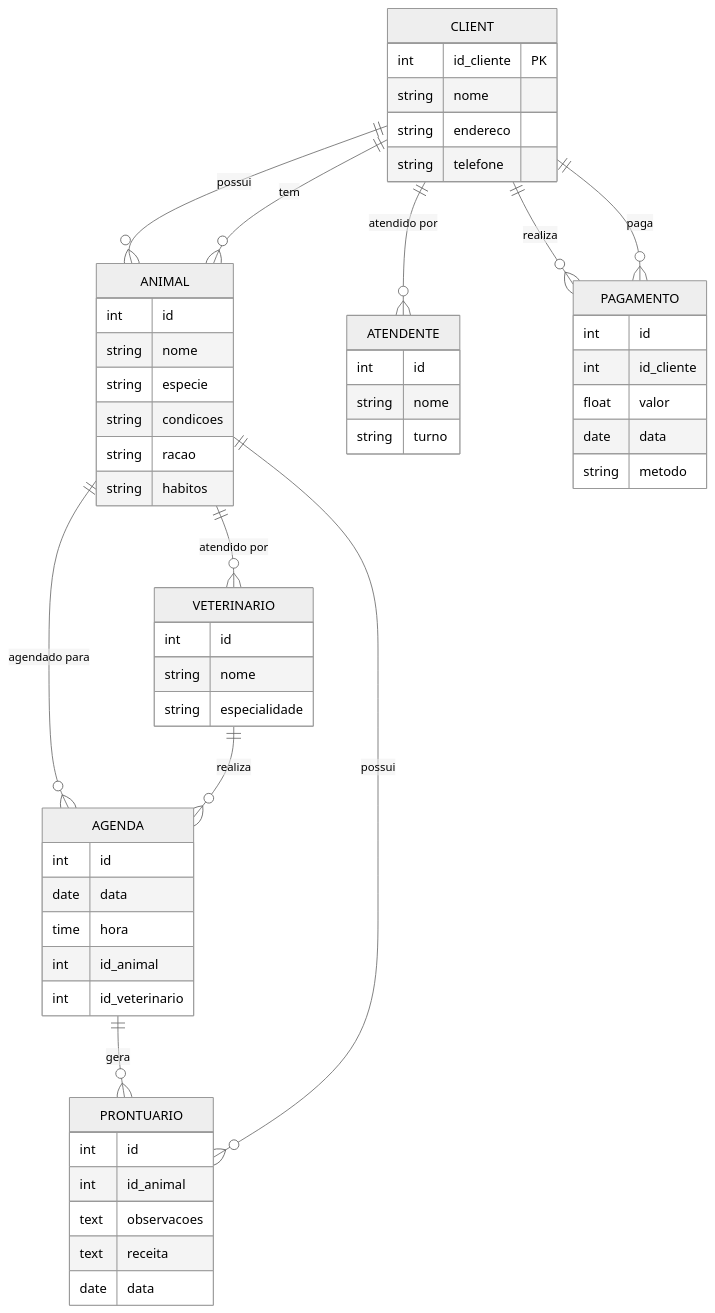
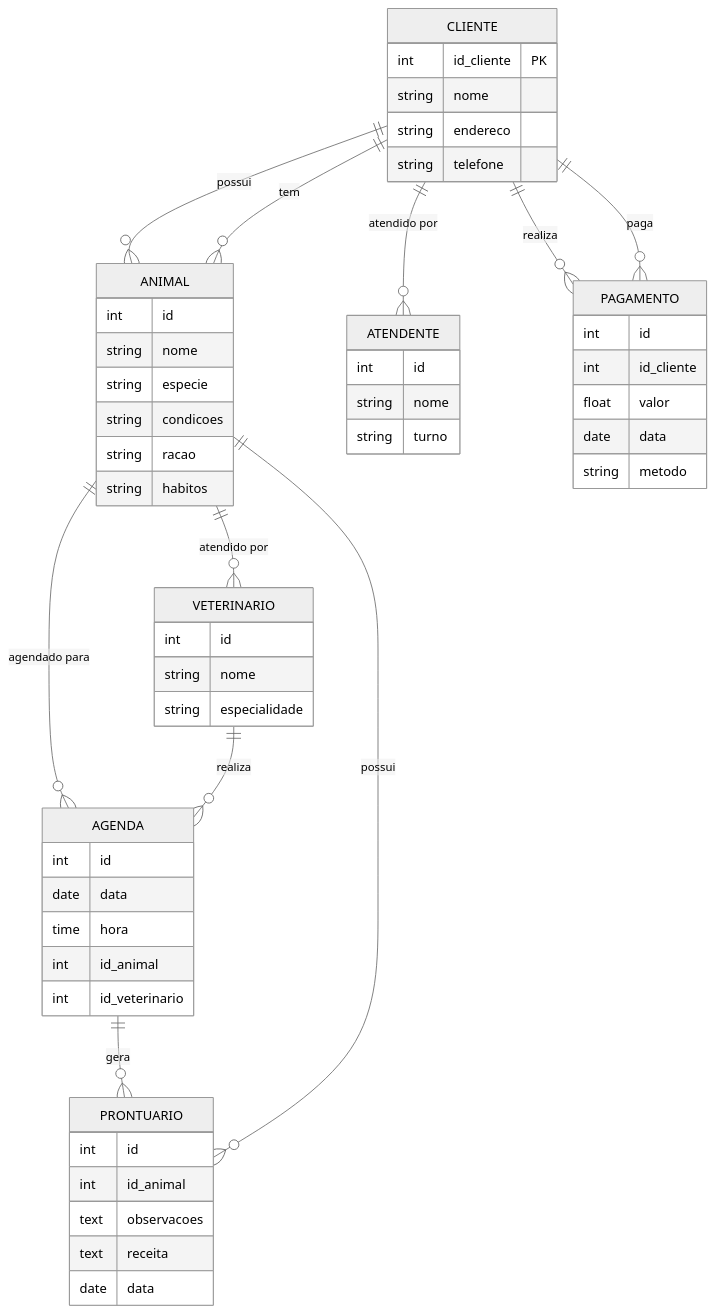
The first of 2 diagrams in README.md (vitorlinsbinski/vitor_linsbinski_engsw), drawn with Mermaid (neutral theme) before and after one commit. The commit also changed other lines of this file, not shown here.

````diff
--- a/README.md
+++ b/README.md
@@ -64,67 +64,67 @@
 ```mermaid
 
 erDiagram
-    CLIENT {
+    CLIENTE {
         int id_cliente PK
         string nome
         string endereco
         string telefone
     }
 
     ANIMAL {
         int id
         string nome
         string especie
         string condicoes
         string racao
         string habitos
     }
 
     VETERINARIO {
         int id
         string nome
         string especialidade
     }
 
     ATENDENTE {
         int id
         string nome
         string turno
     }
 
     AGENDA {
         int id
         date data
         time hora
         int id_animal
         int id_veterinario
     }
 
     PRONTUARIO {
         int id
         int id_animal
         text observacoes
         text receita
         date data
     }
 
     PAGAMENTO {
         int id
         int id_cliente
         float valor
         date data
         string metodo
     }
 
-    CLIENT ||--o{ ANIMAL : "possui"
+    CLIENTE ||--o{ ANIMAL : "possui"
     ANIMAL ||--o{ VETERINARIO : "atendido por"
-    CLIENT ||--o{ PAGAMENTO : "realiza"
+    CLIENTE ||--o{ PAGAMENTO : "realiza"
     ANIMAL ||--o{ AGENDA : "agendado para"
     VETERINARIO ||--o{ AGENDA : "realiza"
     AGENDA ||--o{ PRONTUARIO : "gera"
-    CLIENT ||--o{ PAGAMENTO : "paga"
-    CLIENT ||--o{ ANIMAL : "tem"
+    CLIENTE ||--o{ PAGAMENTO : "paga"
+    CLIENTE ||--o{ ANIMAL : "tem"
     ANIMAL ||--o{ PRONTUARIO : "possui"
-    CLIENT ||--o{ ATENDENTE : "atendido por"
+    CLIENTE ||--o{ ATENDENTE : "atendido por"
 
 ```
````
